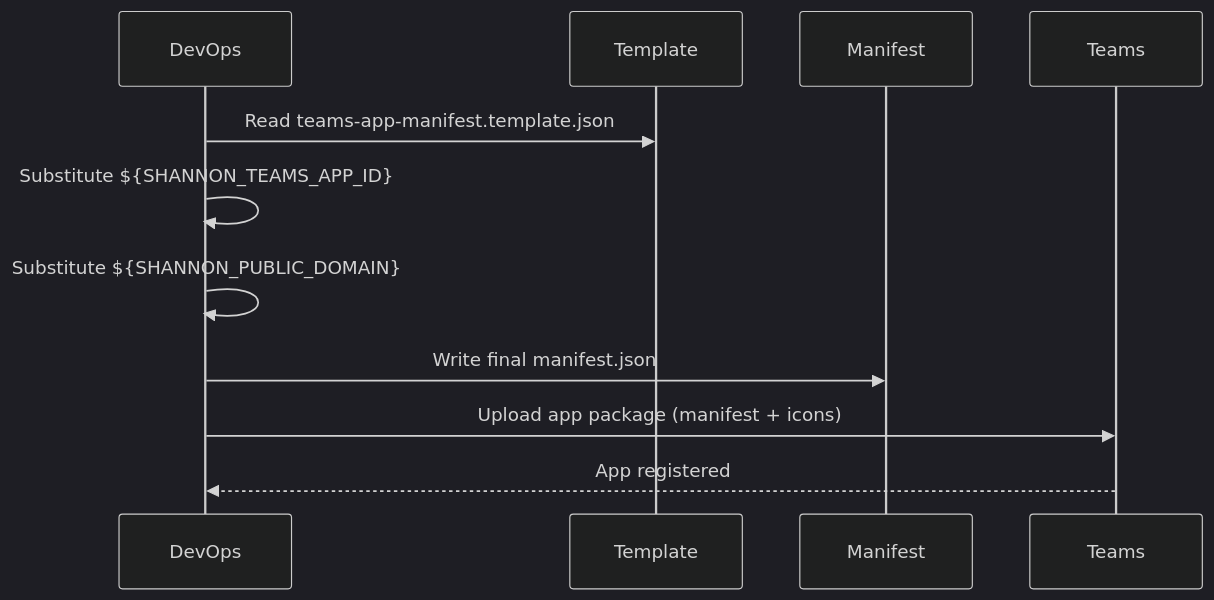
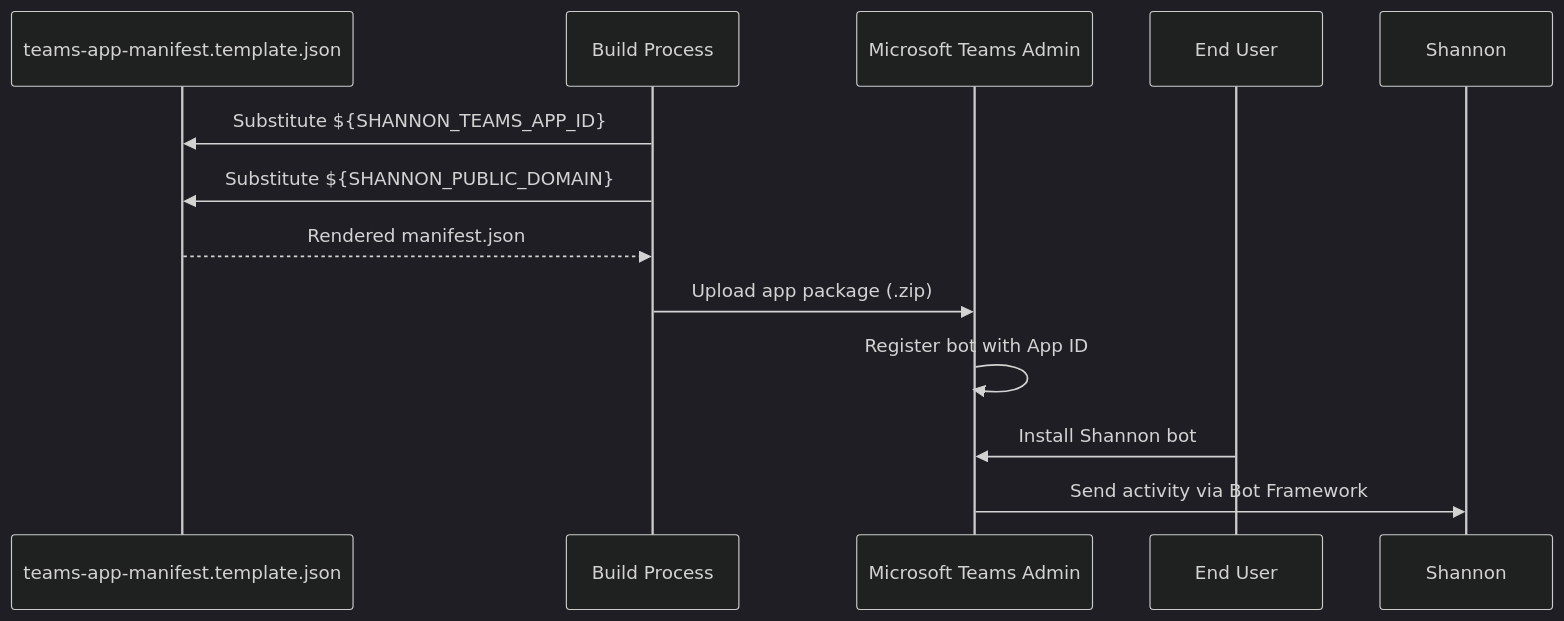
The third of 4 diagrams in agents/shannon/docs/config.md (jmac-cornelis/agent-workforce), drawn with Mermaid (dark theme) before and after one commit. The commit also changed other lines of this file and 7 other files, not shown here.

````diff
--- a/agents/shannon/docs/config.md
+++ b/agents/shannon/docs/config.md
@@ -92,14 +79,15 @@
 ```mermaid
 sequenceDiagram
-    participant DevOps
-    participant Template
-    participant Manifest
-    participant Teams
+    participant Template as teams-app-manifest.template.json
+    participant Build as Build Process
+    participant Teams as Microsoft Teams Admin
+    participant User as End User
     
-    DevOps->>Template: Read teams-app-manifest.template.json
-    DevOps->>DevOps: Substitute ${SHANNON_TEAMS_APP_ID}
-    DevOps->>DevOps: Substitute ${SHANNON_PUBLIC_DOMAIN}
-    DevOps->>Manifest: Write final manifest.json
-    DevOps->>Teams: Upload app package (manifest + icons)
-    Teams-->>DevOps: App registered
+    Build->>Template: Substitute ${SHANNON_TEAMS_APP_ID}
+    Build->>Template: Substitute ${SHANNON_PUBLIC_DOMAIN}
+    Template-->>Build: Rendered manifest.json
+    Build->>Teams: Upload app package (.zip)
+    Teams->>Teams: Register bot with App ID
+    User->>Teams: Install Shannon bot
+    Teams->>Shannon: Send activity via Bot Framework
 ```
````
